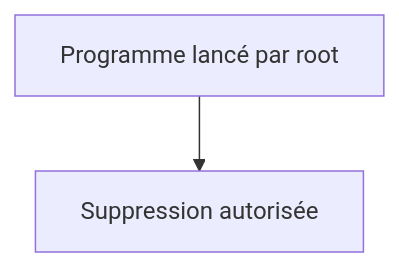
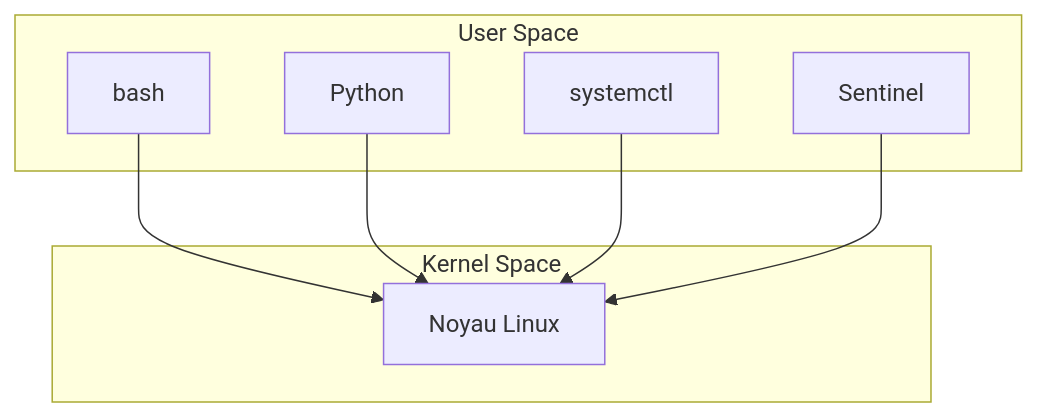
Before and after one commit to tdelaclos/formations: the fifth of 16 diagrams in campagne 1/1.3.md, drawn with Mermaid. The commit also changed other lines of this file, not shown here.

````diff
--- a/campagne 1/1.3.md
+++ b/campagne 1/1.3.md
@@ -378,9 +309,19 @@
 ```mermaid
 flowchart TD
 
-A["Programme lancé par root"]
+subgraph USER["User Space"]
+A["bash"]
+B["Python"]
+C["systemctl"]
+D["Sentinel"]
+end
 
-B["Suppression autorisée"]
+subgraph KERNEL["Kernel Space"]
+E["Noyau Linux"]
+end
 
-A --> B
+A --> E
+B --> E
+C --> E
+D --> E
 ```
````
